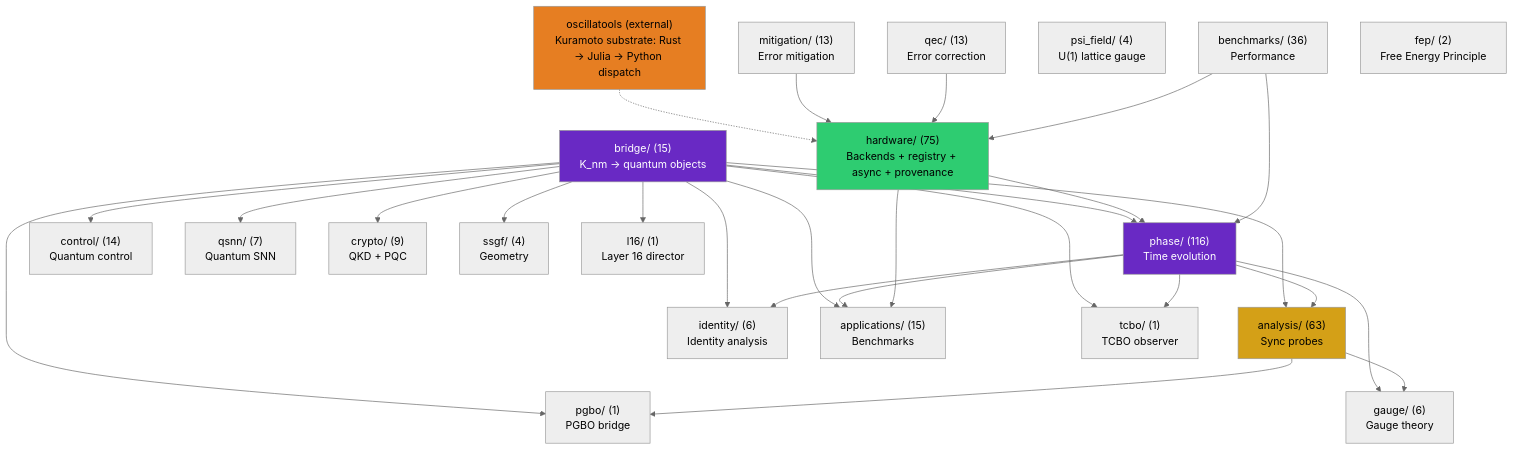
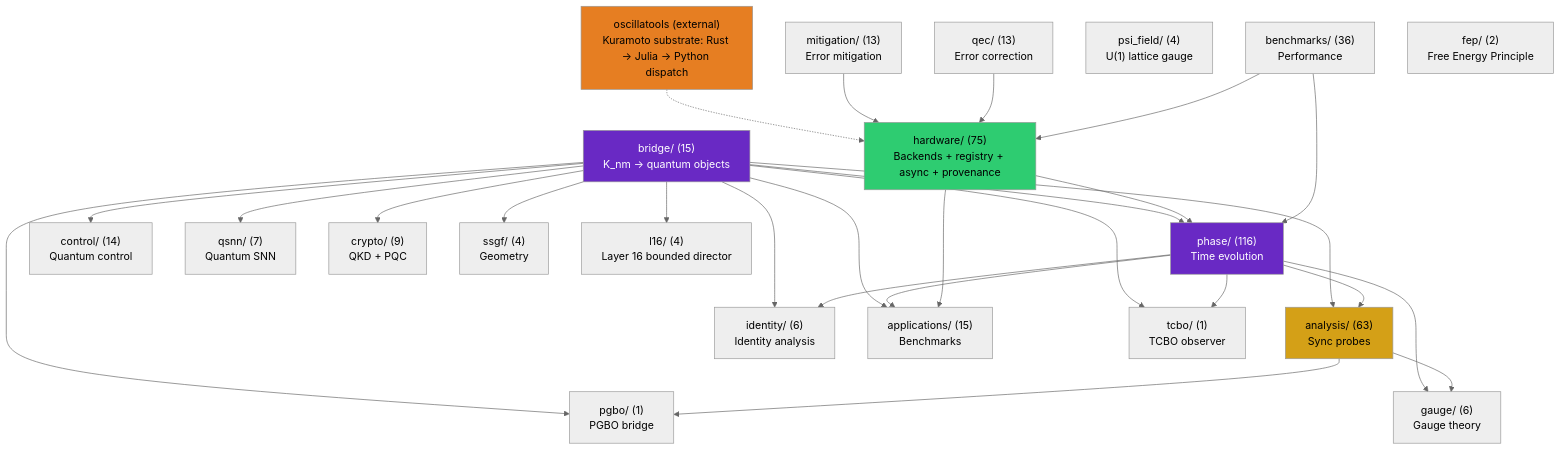
Before and after one commit to anulum/scpn-quantum-control: the first of 4 diagrams in docs/architecture.md, drawn with Mermaid (neutral theme). The commit also changed other lines of this file and 25 other files, not shown here.

First line of the commit message:
feat(l16): complete BL-85 bounded director

````diff
--- a/docs/architecture.md
+++ b/docs/architecture.md
@@ -401,55 +401,55 @@
 ```mermaid
 graph TD
     bridge["bridge/ (15)\nK_nm → quantum objects"]
     phase["phase/ (116)\nTime evolution"]
     analysis["analysis/ (63)\nSync probes"]
     control["control/ (14)\nQuantum control"]
     qsnn["qsnn/ (7)\nQuantum SNN"]
     identity["identity/ (6)\nIdentity analysis"]
     hardware["hardware/ (75)\nBackends + registry + async + provenance"]
     mitigation["mitigation/ (13)\nError mitigation"]
     qec["qec/ (13)\nError correction"]
     gauge["gauge/ (6)\nGauge theory"]
     apps["applications/ (15)\nBenchmarks"]
     crypto["crypto/ (9)\nQKD + PQC"]
     benchmarks["benchmarks/ (36)\nPerformance"]
     ssgf["ssgf/ (4)\nGeometry"]
     psi_field["psi_field/ (4)\nU(1) lattice gauge"]
     oscillatools["oscillatools (external)\nKuramoto substrate: Rust → Julia → Python dispatch"]
     fep["fep/ (2)\nFree Energy Principle"]
     tcbo["tcbo/ (1)\nTCBO observer"]
     pgbo["pgbo/ (1)\nPGBO bridge"]
-    l16["l16/ (1)\nLayer 16 director"]
+    l16["l16/ (4)\nLayer 16 bounded director"]
 
     bridge --> phase
     bridge --> analysis
     bridge --> control
     bridge --> qsnn
     bridge --> identity
     bridge --> apps
     bridge --> crypto
     bridge --> ssgf
     phase --> analysis
     phase --> identity
     phase --> apps
     phase --> gauge
     analysis --> gauge
     hardware --> phase
     hardware --> apps
     oscillatools -.-> hardware
     mitigation --> hardware
     qec --> hardware
     benchmarks --> phase
     benchmarks --> hardware
     bridge --> tcbo
     bridge --> pgbo
     bridge --> l16
     phase --> tcbo
     analysis --> pgbo
 
     style bridge fill:#6929C4,color:#fff
     style analysis fill:#d4a017,color:#000
     style phase fill:#6929C4,color:#fff
     style hardware fill:#2ecc71,color:#000
     style oscillatools fill:#e67e22,color:#000
 ```
````
